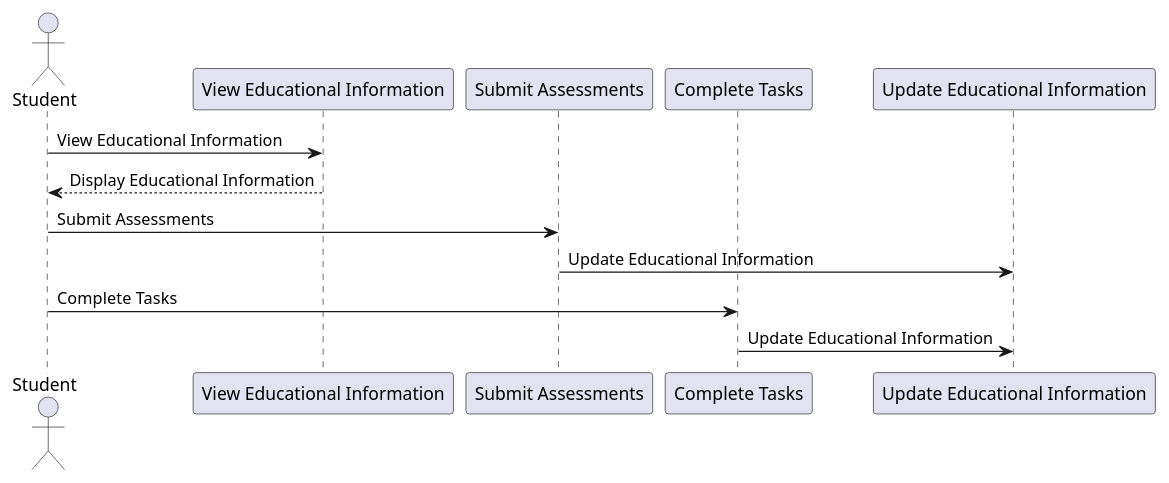
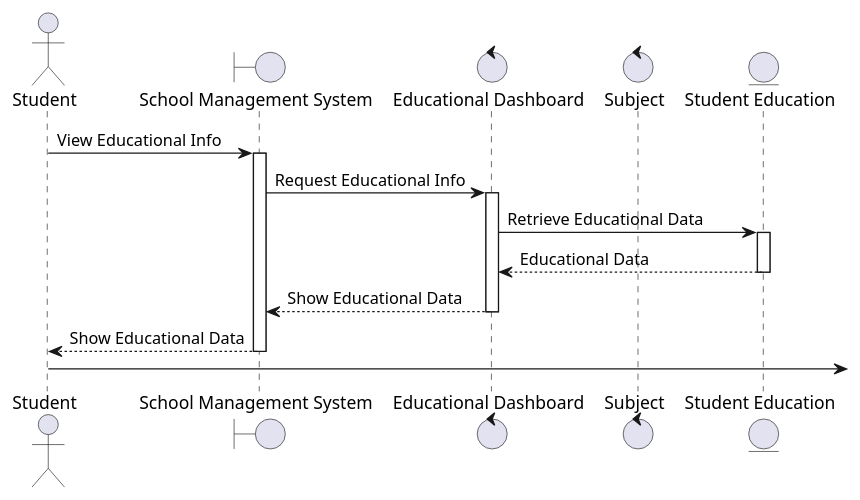
Before and after one commit to AdithyaSean/School-Management-System: the diagram in diagrams/Sequence Diagram2.puml, drawn with PlantUML. The commit also changed 2 other files, not shown here.

Commit message:
new file:   diagrams/Sequence Diagram 3.puml 	modified:   diagrams/Sequence Diagram1.puml 	modified:   diagrams/Sequence Diagram2.puml

```diff
--- a/diagrams/Sequence Diagram2.puml
+++ b/diagrams/Sequence Diagram2.puml
@@ -1,18 +1,26 @@
- @startuml School Management System
+@startuml School Management System
 
 actor Student
-participant "View Educational Information" as ViewInfo
-participant "Submit Assessments" as SubmitAssessments
-participant "Complete Tasks" as CompleteTasks
-participant "Update Educational Information" as UpdateInfo
+boundary "School Management System" as SchoolManagementSystem
+control "Educational Dashboard" as EducationalDashboard
+control Subject
+entity "Student Education" as Education
 
-Student -> ViewInfo: View Educational Information
-ViewInfo --> Student: Display Educational Information
+Student -> SchoolManagementSystem : View Educational Info
+activate SchoolManagementSystem
+SchoolManagementSystem -> EducationalDashboard : Request Educational Info
+activate EducationalDashboard
+EducationalDashboard -> Education : Retrieve Educational Data
+activate Education
+Education --> EducationalDashboard : Educational Data
+deactivate Education
+EducationalDashboard --> SchoolManagementSystem : Show Educational Data
+deactivate EducationalDashboard
+SchoolManagementSystem --> Student : Show Educational Data
+deactivate SchoolManagementSystem
 
-Student -> SubmitAssessments: Submit Assessments
-SubmitAssessments -> UpdateInfo: Update Educational Information
 
-Student -> CompleteTasks: Complete Tasks
-CompleteTasks -> UpdateInfo: Update Educational Information
+Student -> 
+
 
 @enduml
```
